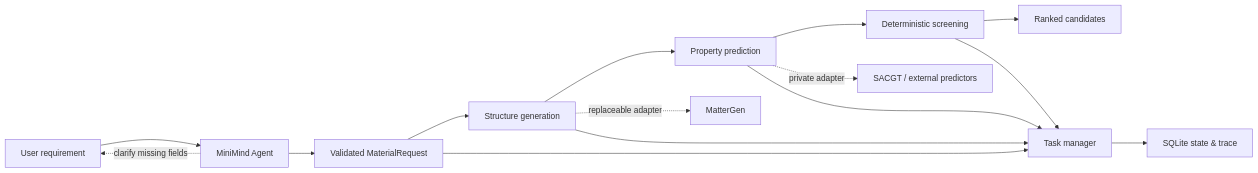
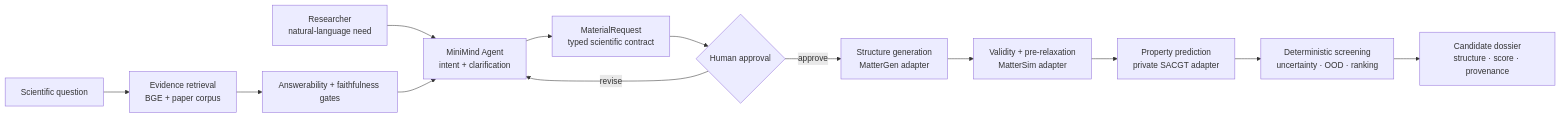
The diagram in README.md (BaikelWang/MagNova), drawn with Mermaid before and after one commit. The commit also changed other lines of this file and 49 other files, not shown here.

````diff
--- a/README.md
+++ b/README.md
@@ -29,18 +46,16 @@
 ```mermaid
 flowchart LR
-    U["User requirement"] --> A["MiniMind Agent"]
-    A --> S["Validated MaterialRequest"]
-    S --> G["Structure generation"]
-    G --> P["Property prediction"]
-    P --> F["Deterministic screening"]
-    F --> C["Ranked candidates"]
+    U["Researcher<br/>natural-language need"] --> I["MiniMind Agent<br/>intent + clarification"]
+    I --> R["MaterialRequest<br/>typed scientific contract"]
+    R --> H{"Human approval"}
+    H -->|approve| G["Structure generation<br/>MatterGen adapter"]
+    G --> X["Validity + pre-relaxation<br/>MatterSim adapter"]
+    X --> P["Property prediction<br/>private SACGT adapter"]
+    P --> S["Deterministic screening<br/>uncertainty · OOD · ranking"]
+    S --> C["Candidate dossier<br/>structure · score · provenance"]
+    H -->|revise| I
 
-    A -. "clarify missing fields" .-> U
-    G -. "replaceable adapter" .-> MG["MatterGen"]
-    P -. "private adapter" .-> SP["SACGT / external predictors"]
-    S --> T["Task manager"]
-    T --> DB["SQLite state & trace"]
-    G --> T
-    P --> T
-    F --> T
+    Q["Scientific question"] --> E["Evidence retrieval<br/>BGE + paper corpus"]
+    E --> A["Answerability + faithfulness gates"]
+    A --> I
 ```
````
